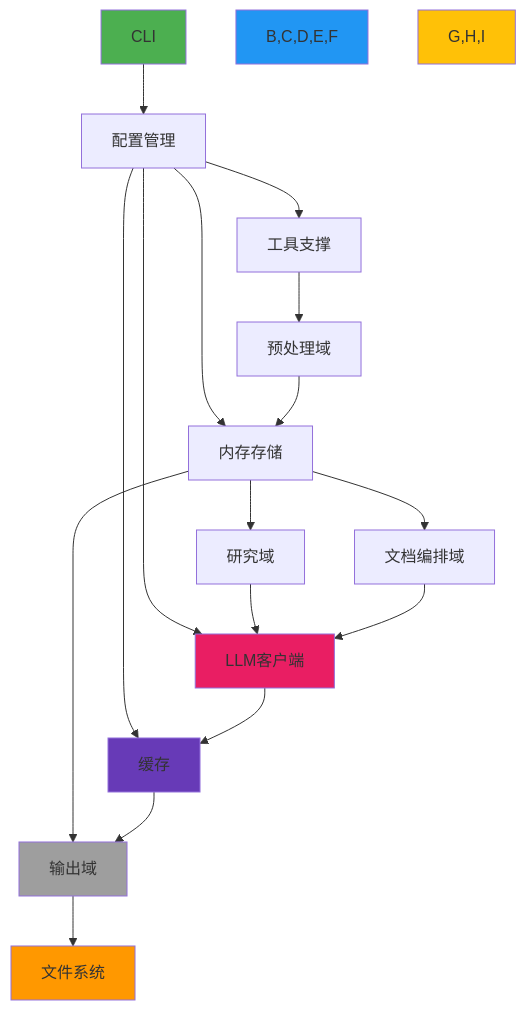
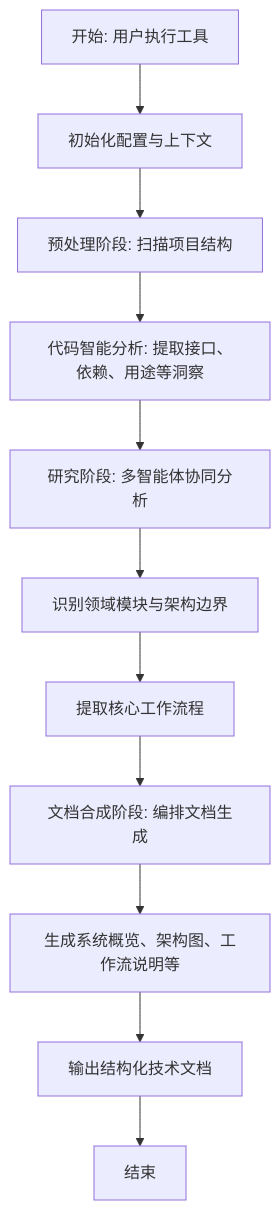
One commit to BigtoC/deepwiki-rs changed the fourth of 7 diagrams in docs/2、架构概览.md. Above: the diagram before and after it, drawn with Mermaid. The commit also changed other lines of this file and 24 other files, not shown here.

````diff
--- a/docs/2、架构概览.md
+++ b/docs/2、架构概览.md
@@ -419,27 +343,13 @@
 ```mermaid
 graph TD
-    A[CLI] --> B[配置管理]
-    B --> C[内存存储]
-    B --> D[LLM客户端]
-    B --> E[缓存]
-    B --> F[工具支撑]
-
-    F --> G[预处理域]
-    G --> C
-    C --> H[研究域]
-    H --> D
-    D --> E
-    C --> I[文档编排域]
-    I --> D
-    C --> J[输出域]
-    J --> K[文件系统]
-    E --> J
-
-    style A fill:#4CAF50
-    style B,C,D,E,F fill:#2196F3
-    style G,H,I fill:#FFC107
-    style J fill:#9E9E9E
-    style K fill:#FF9800
-    style D fill:#E91E63
-    style E fill:#673AB7
+    A[开始: 用户执行工具] --> B[初始化配置与上下文]
+    B --> C[预处理阶段: 扫描项目结构]
+    C --> D[代码智能分析: 提取接口、依赖、用途等洞察]
+    D --> E[研究阶段: 多智能体协同分析]
+    E --> F[识别领域模块与架构边界]
+    F --> G[提取核心工作流程]
+    G --> H[文档合成阶段: 编排文档生成]
+    H --> I[生成系统概览、架构图、工作流说明等]
+    I --> J[输出结构化技术文档]
+    J --> K[结束]
 ```
````
